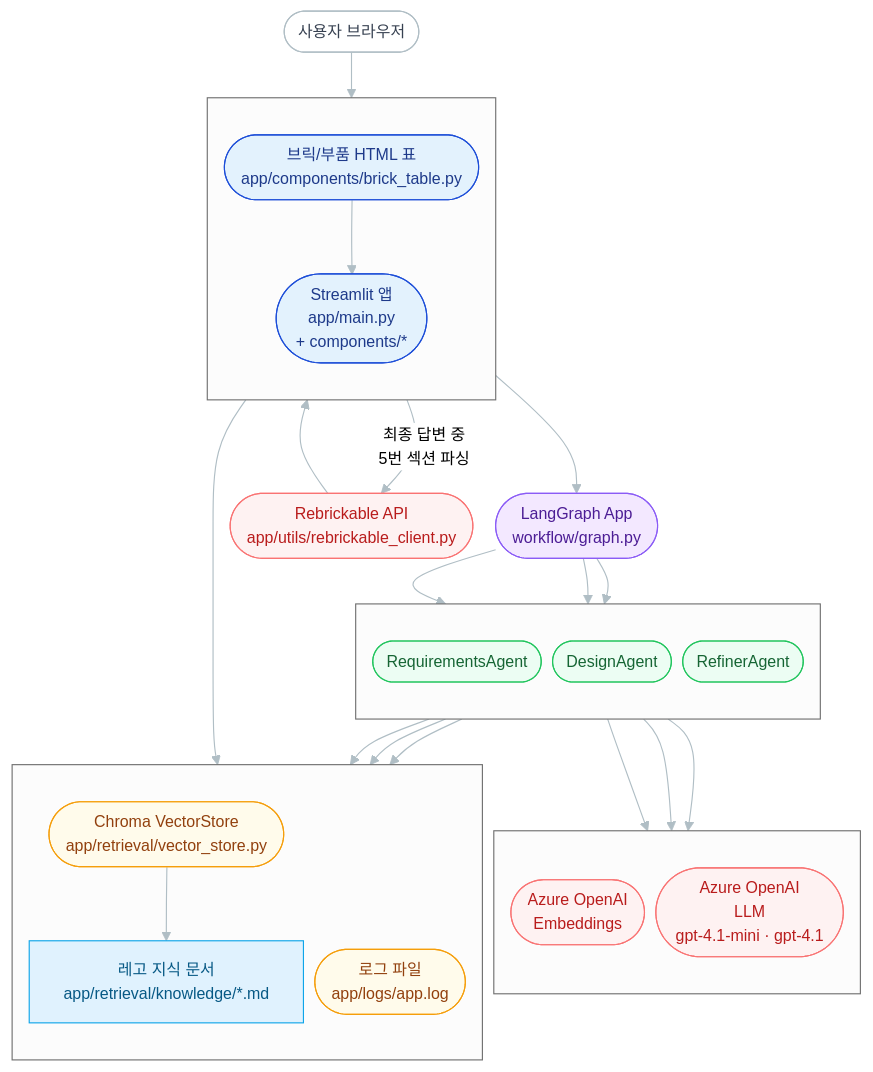
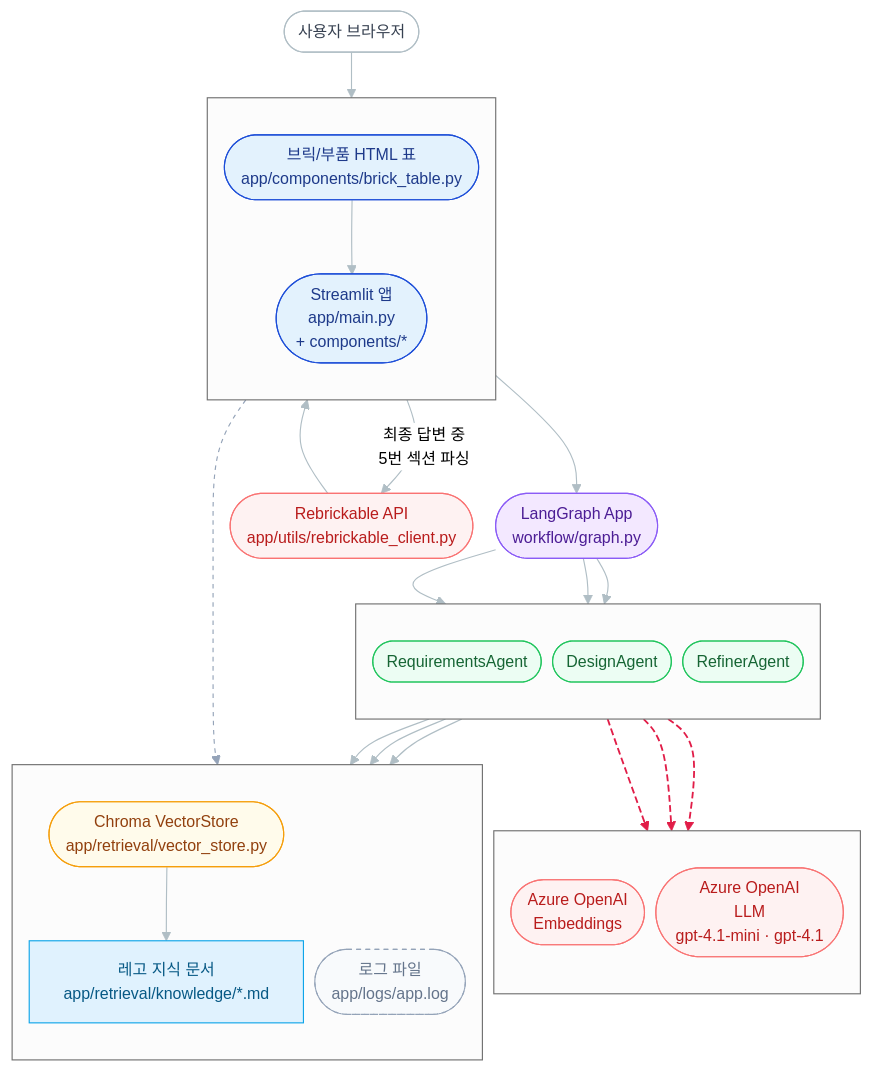
One commit to pcmola/lego-ai-service changed the second of 2 diagrams in README.md. Above: the diagram before and after it, drawn with Mermaid.

Commit message:
로그 및 연결선 유형 및 색상 변경

````diff
--- a/README.md
+++ b/README.md
@@ -121,10 +121,7 @@
 %%{init: {
   "theme": "neutral",
   "background": "white",
-  "flowchart": {
-    "nodeSpacing": 10,
-    "rankSpacing": 40
-  },
+  "flowchart": { "nodeSpacing": 10, "rankSpacing": 40 },
   "themeVariables": {
     "primaryColor": "#F5F7FB",
     "primaryTextColor": "#1F2933",
@@ -135,74 +132,80 @@
 }}%%
 flowchart TB
 
-    %% ───────── 클라이언트 / UI ─────────
-    U([사용자 브라우저]):::client
+  %% ───────── 클라이언트 / UI ─────────
+  U([사용자 브라우저]):::client
 
-    subgraph UI_LAYER[ ]
-      direction TB
-      UI([Streamlit 앱<br/>app/main.py<br/>+ components/*]):::ui
-      BT([브릭/부품 HTML 표<br/>app/components/brick_table.py]):::ui
-    end
+  subgraph UI_LAYER[ ]
+    direction TB
+    UI([Streamlit 앱<br/>app/main.py<br/>+ components/*]):::ui
+    BT([브릭/부품 HTML 표<br/>app/components/brick_table.py]):::ui
+  end
 
-    %% ───────── 오케스트레이터 & 에이전트 ─────────
-    G([LangGraph App<br/>workflow/graph.py]):::orchestrator
+  %% ───────── 오케스트레이터 & 에이전트 ─────────
+  G([LangGraph App<br/>workflow/graph.py]):::orchestrator
 
-    subgraph AGENTS[ ]
-      direction TB
-      R([RequirementsAgent]):::agent
-      D([DesignAgent]):::agent
-      F([RefinerAgent]):::agent
-    end
+  subgraph AGENTS[ ]
+    direction TB
+    R([RequirementsAgent]):::agent
+    D([DesignAgent]):::agent
+    F([RefinerAgent]):::agent
+  end
 
-    %% ───────── Azure OpenAI 서비스 ─────────
-    subgraph AZURE[ ]
-      direction TB
-      E([Azure OpenAI<br/>Embeddings]):::service
-      LLM([Azure OpenAI<br/>LLM<br/>gpt-4.1-mini · gpt-4.1]):::service
-    end
+  %% ───────── Azure OpenAI 서비스 ─────────
+  subgraph AZURE[ ]
+    direction TB
+    E([Azure OpenAI<br/>Embeddings]):::service
+    LLM([Azure OpenAI<br/>LLM<br/>gpt-4.1-mini · gpt-4.1]):::service
+  end
 
-    %% ───────── 지식 / 저장소 ─────────
-    subgraph STORAGE[ ]
-      direction TB
-      VS([Chroma VectorStore<br/>app/retrieval/vector_store.py]):::store
-      K["레고 지식 문서<br/>app/retrieval/knowledge/*.md"]:::knowledge
-      LOG([로그 파일<br/>app/logs/app.log]):::store
-    end
+  %% ───────── 지식 / 저장소 ─────────
+  subgraph STORAGE[ ]
+    direction TB
+    VS([Chroma VectorStore<br/>app/retrieval/vector_store.py]):::store
+    K["레고 지식 문서<br/>app/retrieval/knowledge/*.md"]:::knowledge
+    LOG([로그 파일<br/>app/logs/app.log]):::ops
+  end
 
-    %% ───────── 외부 API ─────────
-    RB([Rebrickable API<br/>app/utils/rebrickable_client.py]):::service
+  %% ───────── 외부 API ─────────
+  RB([Rebrickable API<br/>app/utils/rebrickable_client.py]):::service
 
-    %% ───────── 연결 ─────────
-    U --> UI
-    UI --> G
+  %% ───────── 연결 ─────────
+  U --> UI
+  UI --> G
 
-    G --> R
-    G --> D
-    G --> F
+  G --> R
+  G --> D
+  G --> F
 
-    R --> E
-    D --> LLM
-    F --> LLM
+  R --> E
+  D --> LLM
+  F --> LLM
 
-    R --> VS
-    D --> VS
-    F --> VS
+  R --> VS
+  D --> VS
+  F --> VS
+  VS --> K
 
-    VS --> K
+  UI -- "최종 답변 중<br/>5번 섹션 파싱" --> RB
+  RB --> BT
+  BT --> UI
 
-    UI -- "최종 답변 중<br/>5번 섹션 파싱" --> RB
-    RB --> BT
-    BT --> UI
+  UI --> LOG
 
-    UI --> LOG
+  %% ───────── 스타일 정의 ─────────
+  classDef client fill:#FFFFFF,stroke:#B0BEC5,color:#374151;
+  classDef ui fill:#E3F2FD,stroke:#1D4ED8,color:#1E3A8A;
+  classDef orchestrator fill:#F3E8FF,stroke:#8B5CF6,color:#4C1D95;
+  classDef agent fill:#ECFDF3,stroke:#22C55E,color:#166534;
+  classDef service fill:#FEF2F2,stroke:#F97373,color:#B91C1C;
+  classDef store fill:#FFFBEB,stroke:#F59E0B,color:#92400E;
+  classDef knowledge fill:#E0F2FE,stroke:#0EA5E9,color:#075985;
 
-    %% ───────── 스타일 정의 ─────────
-    classDef client fill:#FFFFFF,stroke:#B0BEC5,color:#374151;
-    classDef ui fill:#E3F2FD,stroke:#1D4ED8,color:#1E3A8A;
-    classDef orchestrator fill:#F3E8FF,stroke:#8B5CF6,color:#4C1D95;
-    classDef agent fill:#ECFDF3,stroke:#22C55E,color:#166534;
-    classDef service fill:#FEF2F2,stroke:#F97373,color:#B91C1C;
-    classDef store fill:#FFFBEB,stroke:#F59E0B,color:#92400E;
-    classDef knowledge fill:#E0F2FE,stroke:#0EA5E9,color:#075985;
+  %% 운영/로그 요소(배경화): 점선 + 회색 + 연한 배경
+  classDef ops fill:#F8FAFC,stroke:#94A3B8,stroke-width:1px,stroke-dasharray:4 4,color:#64748B;
 
+  linkStyle 5,6,7 stroke:#E11D48,stroke-width:1.6px,stroke-dasharray:6 3;
+
+  %% LOG 연결선도 더 "배경" 느낌으로
+  linkStyle 15 stroke:#94A3B8,stroke-width:1px,stroke-dasharray:4 4;
 ```
````
